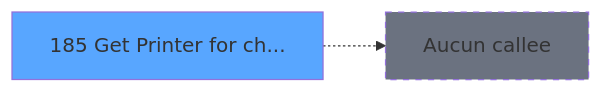
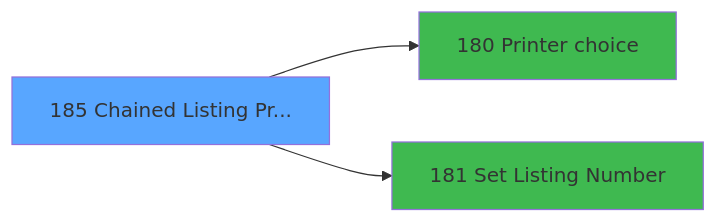
One commit to thonyAGP/lecteur-magic changed the third of 3 diagrams in .openspec/specs/ADH-IDE-185.md. Above: the diagram before and after it, drawn with Mermaid. The commit also changed other lines of this file and 493 other files, not shown here.

````diff
--- a/.openspec/specs/ADH-IDE-185.md
+++ b/.openspec/specs/ADH-IDE-185.md
@@ -134,8 +266,11 @@
 ```mermaid
 graph LR
-    T185[185 Get Printer for ch...]
+    T185[185 Chained Listing Pr...]
     style T185 fill:#58a6ff
-    NONE[Aucun callee]
-    T185 -.-> NONE
-    style NONE fill:#6b7280,stroke-dasharray: 5 5
+    C180[180 Printer choice]
+    T185 --> C180
+    style C180 fill:#3fb950
+    C181[181 Set Listing Number]
+    T185 --> C181
+    style C181 fill:#3fb950
 ```
````
